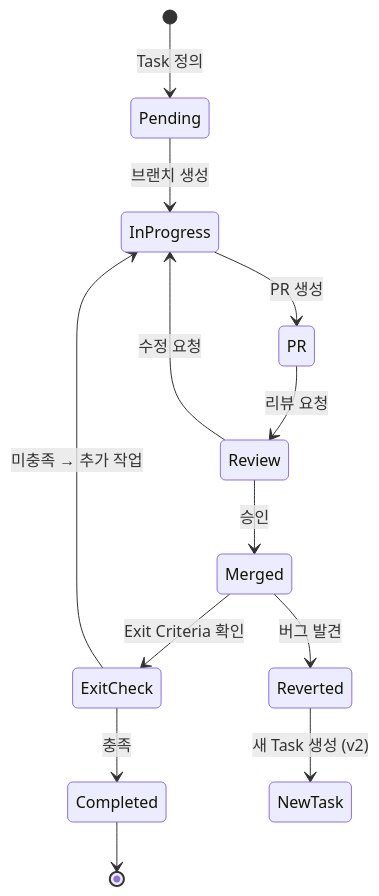
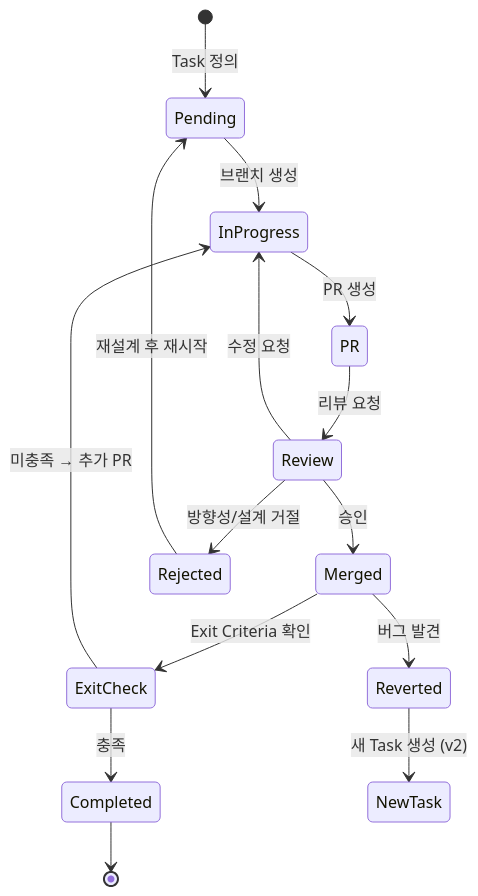
Before and after one commit to cagojeiger/code-hub: the fifth of 8 diagrams in docs/workflow.md, drawn with Mermaid. The commit also changed other lines of this file and 1 other file, not shown here.

````diff
--- a/docs/workflow.md
+++ b/docs/workflow.md
@@ -192,24 +226,27 @@
 ```mermaid
 stateDiagram-v2
     [*] --> Pending: Task 정의
 
     Pending --> InProgress: 브랜치 생성
 
     InProgress --> PR: PR 생성
 
     PR --> Review: 리뷰 요청
 
     Review --> Merged: 승인
     Review --> InProgress: 수정 요청
+    Review --> Rejected: 방향성/설계 거절
+
+    Rejected --> Pending: 재설계 후 재시작
 
     Merged --> ExitCheck: Exit Criteria 확인
 
     ExitCheck --> Completed: 충족
-    ExitCheck --> InProgress: 미충족 → 추가 작업
+    ExitCheck --> InProgress: 미충족 → 추가 PR
 
     Merged --> Reverted: 버그 발견
 
     Reverted --> NewTask: 새 Task 생성 (v2)
 
     Completed --> [*]
 ```
````
